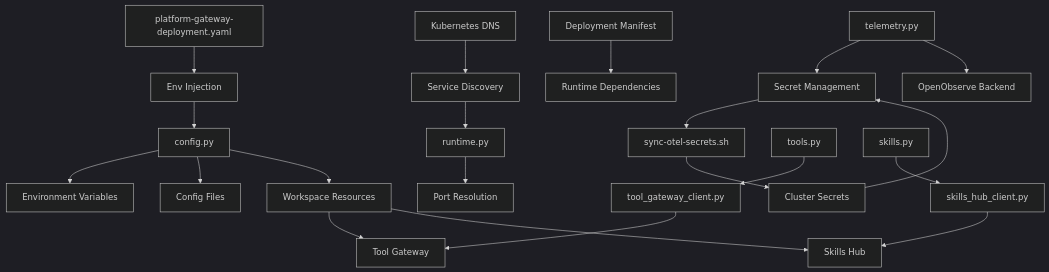
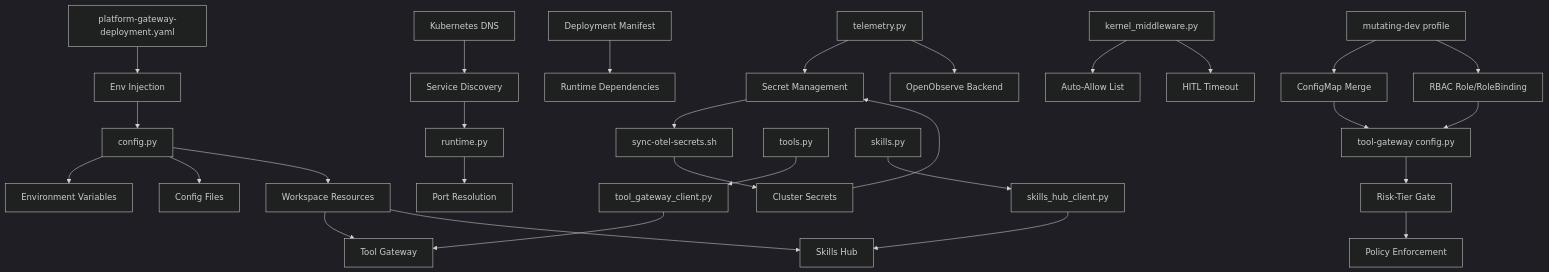
Diagram 13 of 13 in .qoder/repowiki/en/content/Tool Gateway Service/Configuration and Environment Setup.md (metasync/luban-aiops), drawn with Mermaid (dark theme) before and after one commit. The commit also changed other lines of this file and 43 other files, not shown here.

````diff
--- a/.qoder/repowiki/en/content/Tool Gateway Service/Configuration and Environment Setup.md
+++ b/.qoder/repowiki/en/content/Tool Gateway Service/Configuration and Environment Setup.md
@@ -461,23 +707,31 @@
 ```mermaid
 graph TB
 CFG["config.py"] --> ENV["Environment Variables"]
 CFG --> FILE["Config Files"]
 RT["runtime.py"] --> PORT["Port Resolution"]
 TELEMETRY["telemetry.py"] --> SECRETS["Secret Management"]
 SECRETS --> SYNC["sync-otel-secrets.sh"]
 SYNC --> CLUSTER["Cluster Secrets"]
 CLUSTER --> SECRETS
 DNS["Kubernetes DNS"] --> SVC["Service Discovery"]
 DOCKER["Deployment Manifest"] --> RUNTIME["Runtime Dependencies"]
 K8S["platform-gateway-deployment.yaml"] --> INJECT["Env Injection"]
 INJECT --> CFG
 SVC --> RT
 WS["Workspace Resources"] --> TOOLS["Tool Gateway"]
 WS --> SKILLS["Skills Hub"]
 CFG --> WS
 Tools["tools.py"] --> ToolsClient["tool_gateway_client.py"]
 Skills["skills.py"] --> SkillsClient["skills_hub_client.py"]
 ToolsClient --> TOOLS
 SkillsClient --> SKILLS
 TELEMETRY --> BACKEND["OpenObserve Backend"]
+Agent["kernel_middleware.py"] --> AutoAllow["Auto-Allow List"]
+Agent --> HITL["HITL Timeout"]
+ToolGW["tool-gateway config.py"] --> RiskGate["Risk-Tier Gate"]
+RiskGate --> Policy["Policy Enforcement"]
+MutDev["mutating-dev profile"] --> ConfigMerge["ConfigMap Merge"]
+MutDev --> RBAC["RBAC Role/RoleBinding"]
+ConfigMerge --> ToolGW
+RBAC --> ToolGW
 ```
````
